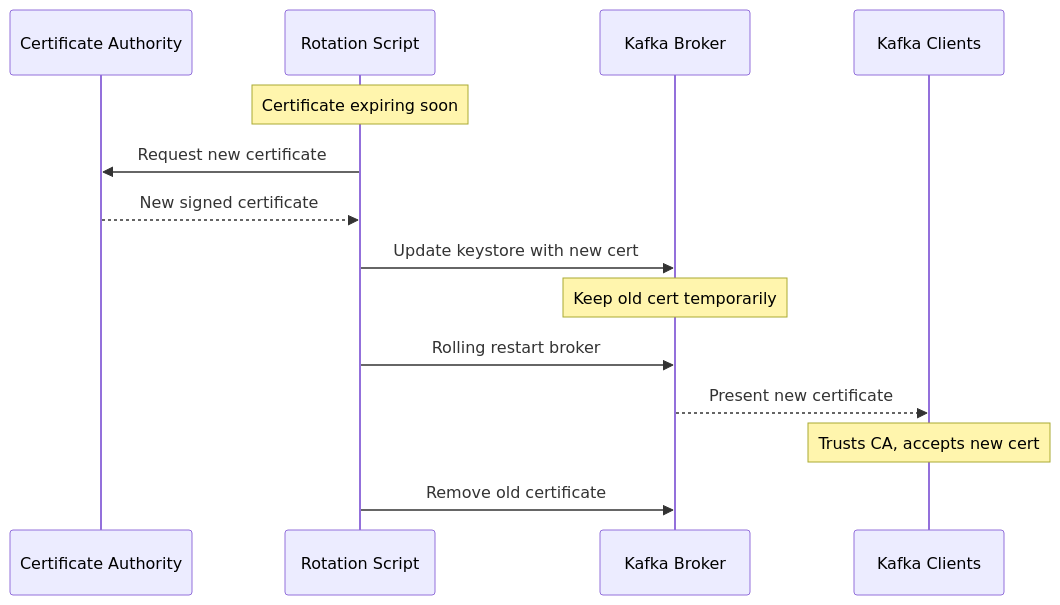
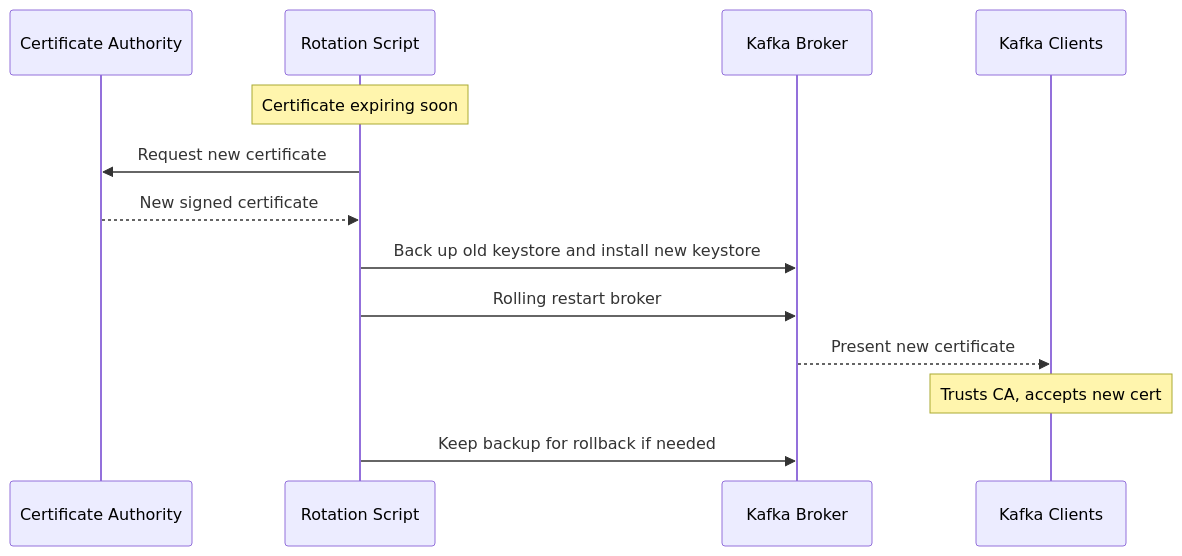
One commit to OneUptime/blog changed the fourth of 4 diagrams in posts/2026-01-24-kafka-ssl-tls-encryption/README.md. Above: the diagram before and after it, drawn with Mermaid. The commit also changed other lines of this file and 2 other files, not shown here.

````diff
--- a/posts/2026-01-24-kafka-ssl-tls-encryption/README.md
+++ b/posts/2026-01-24-kafka-ssl-tls-encryption/README.md
@@ -857,22 +872,21 @@
 ```mermaid
 sequenceDiagram
     participant CA as Certificate Authority
     participant Script as Rotation Script
     participant Broker as Kafka Broker
     participant Client as Kafka Clients
 
     Note over Script: Certificate expiring soon
 
     Script->>CA: Request new certificate
     CA-->>Script: New signed certificate
 
-    Script->>Broker: Update keystore with new cert
-    Note over Broker: Keep old cert temporarily
+    Script->>Broker: Back up old keystore and install new keystore
 
     Script->>Broker: Rolling restart broker
     Broker-->>Client: Present new certificate
 
     Note over Client: Trusts CA, accepts new cert
 
-    Script->>Broker: Remove old certificate
+    Script->>Broker: Keep backup for rollback if needed
 ```
````
